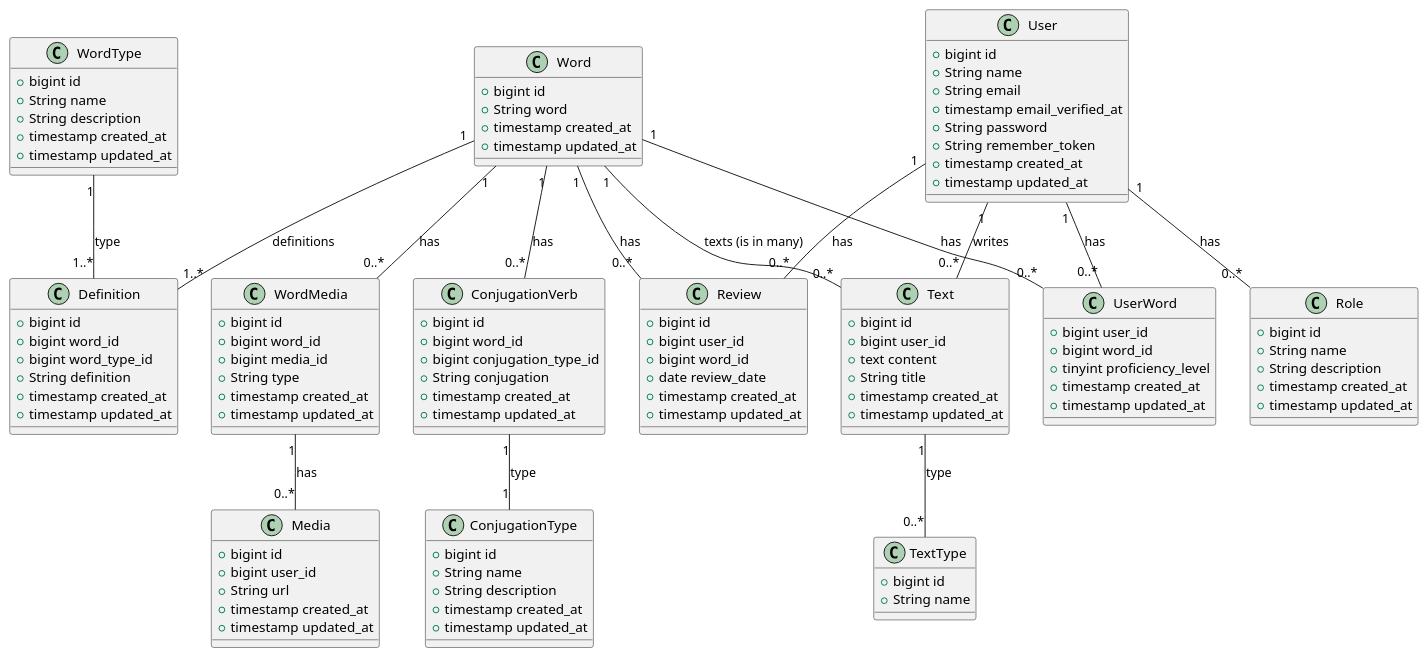
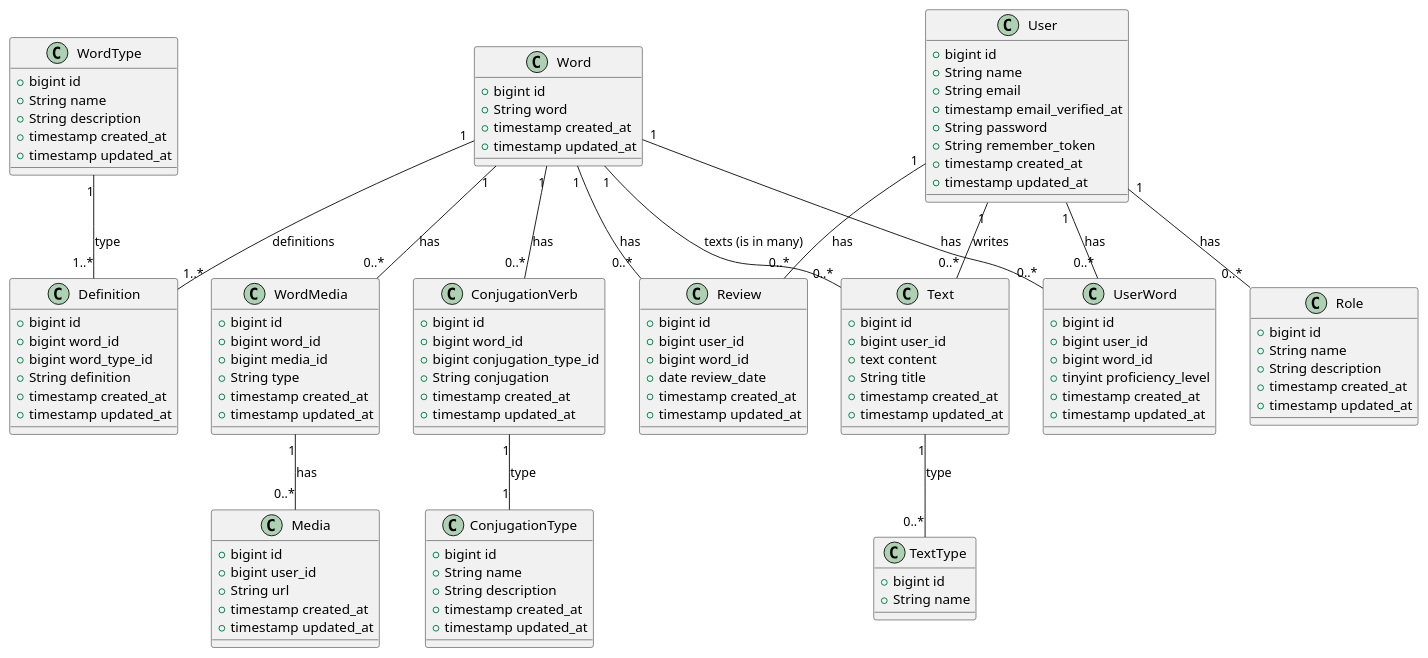
Before and after one commit to jfcodiaz/my-vocabulary-api: the diagram in docs/entities.wsd, drawn with PlantUML. The commit also changed 13 other files, not shown here.

```diff
--- a/docs/entities.wsd
+++ b/docs/entities.wsd
@@ -1,126 +1,127 @@
 @startuml Entities
 
 class WordType {
     +bigint id
     +String name
     +String description
     +timestamp created_at
     +timestamp updated_at
 }
 
 class User {
     +bigint id
     +String name
     +String email
     +timestamp email_verified_at
     +String password
     +String remember_token
     +timestamp created_at
     +timestamp updated_at
 }
 
 class UserWord {
+    +bigint id
     +bigint user_id
     +bigint word_id
     +tinyint proficiency_level
     +timestamp created_at
     +timestamp updated_at
 }
 
 class Word {
     +bigint id
     +String word
     +timestamp created_at
     +timestamp updated_at
 }
 
 class Definition {
     +bigint id
     +bigint word_id
     +bigint word_type_id
     +String definition
     +timestamp created_at
     +timestamp updated_at
 }
 
 class Review {
     +bigint id
     +bigint user_id
     +bigint word_id
     +date review_date
     +timestamp created_at
     +timestamp updated_at
 }
 
 class Text {
     +bigint id
     +bigint user_id
     +text content
     +String title
     +timestamp created_at
     +timestamp updated_at
 }
 
 class TextType {
     +bigint id
     +String name
 }
 
 class ConjugationVerb {
     +bigint id
     +bigint word_id
     +bigint conjugation_type_id
     +String conjugation
     +timestamp created_at
     +timestamp updated_at
 }
 
 class ConjugationType {
     +bigint id
     +String name
     +String description
     +timestamp created_at
     +timestamp updated_at
 }
 
 class Media {
     +bigint id
     +bigint user_id
     +String url
     +timestamp created_at
     +timestamp updated_at
 }
 
 class WordMedia {
     +bigint id
     +bigint word_id
     +bigint media_id
     +String type
     +timestamp created_at
     +timestamp updated_at
 }
 
 class Role {
     +bigint id
     +String name
     +String description
     +timestamp created_at
     +timestamp updated_at
 }
 
 Word "1" -- "0..*" Review : has
 Word "1" -- "0..*" Text : texts (is in many)
 User "1" -- "0..*" Text : writes
 Text "1" -- "0..*" TextType : type
 User "1" -- "0..*" UserWord : has
 Word "1" -- "0..*" UserWord : has
 Word "1" -- "0..*" ConjugationVerb : has
 ConjugationVerb "1" -- "1" ConjugationType : type
 User "1" -- "0..*" Review : has
 Word "1" -- "1..*" Definition : definitions
 WordType "1" -- "1..*" Definition : type
 WordMedia "1" -- "0..*" Media : has
 Word "1" -- "0..*" WordMedia : has
 User "1" -- "0..*" Role : has
 
 @enduml
```
